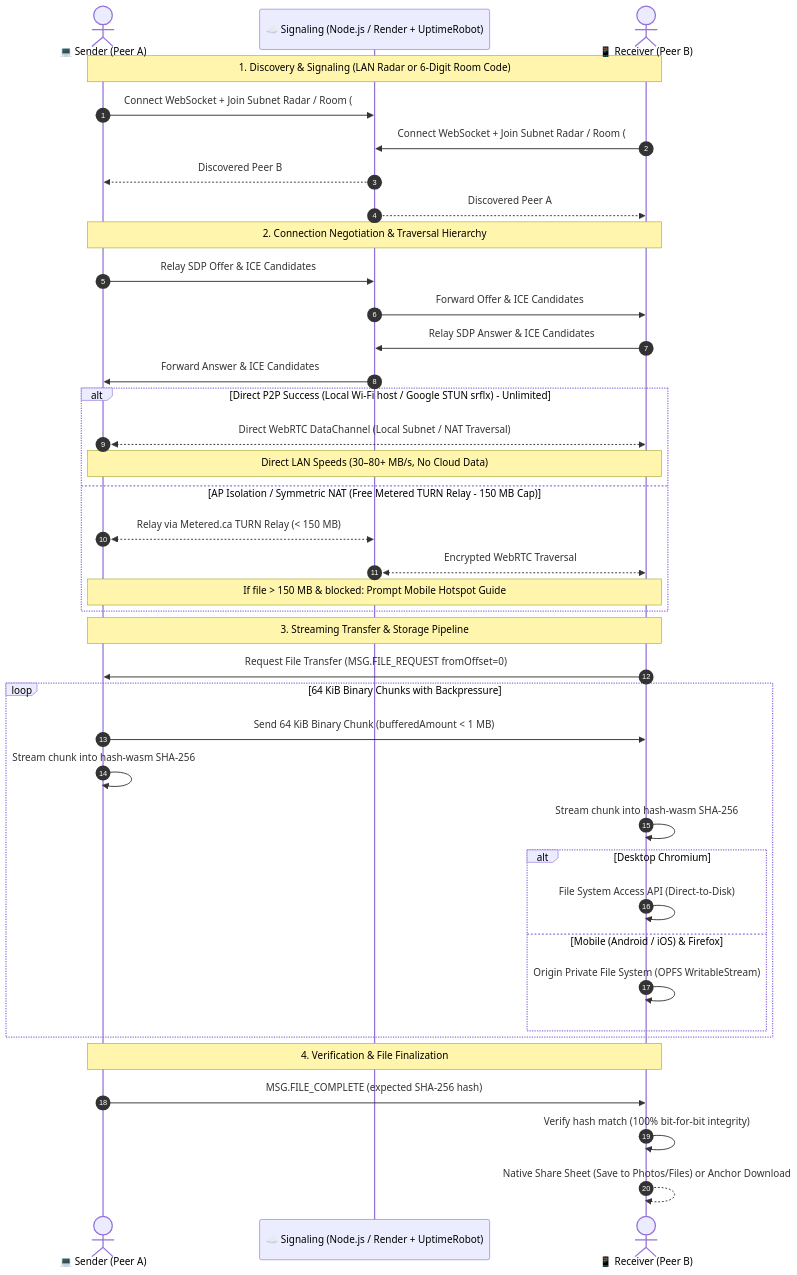
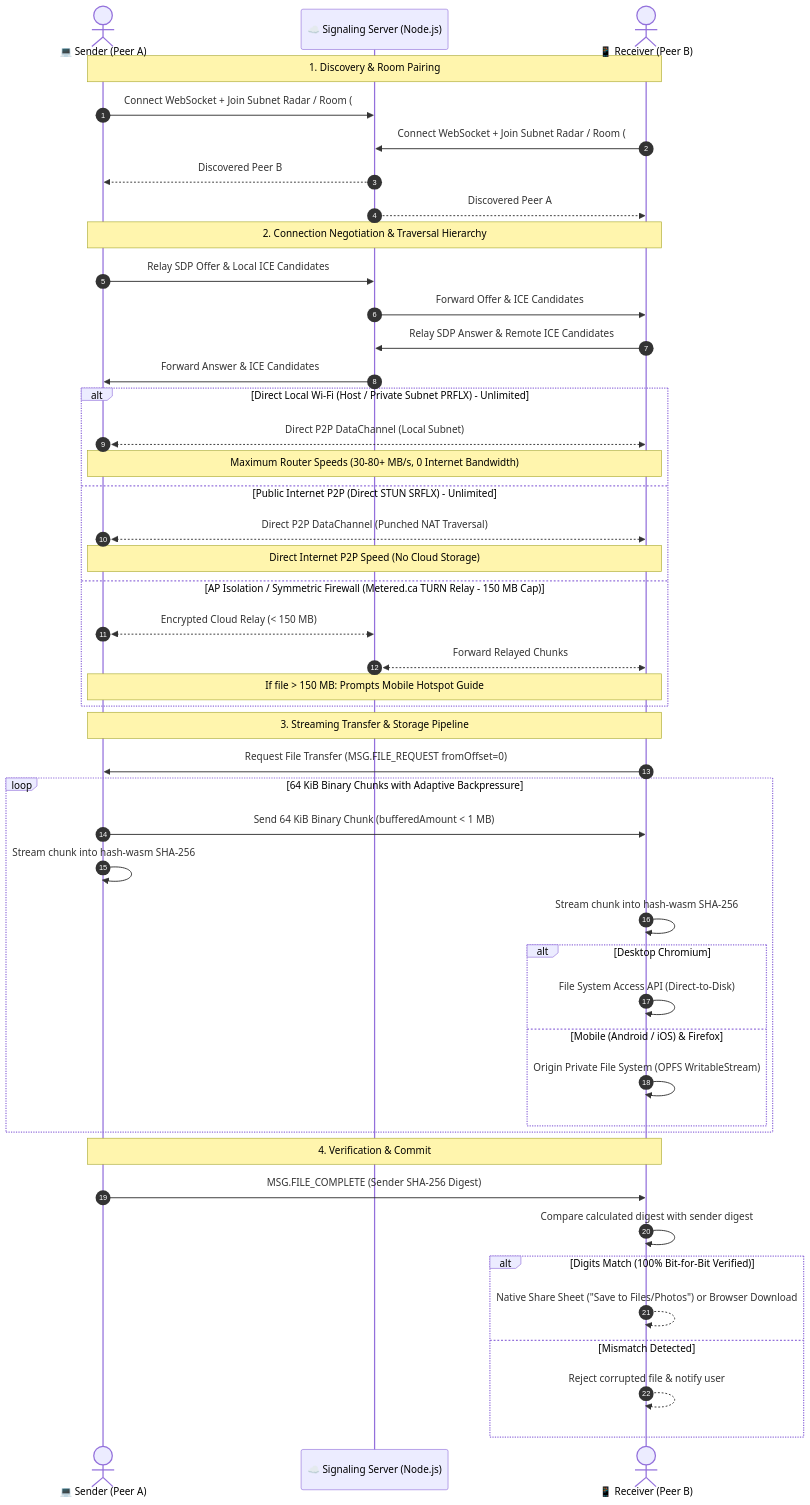
The second of 2 diagrams in README.md (bilalzulfiqar-pk/lan-share), drawn with Mermaid before and after one commit. The commit also changed other lines of this file and 3 other files, not shown here.

````diff
--- a/README.md
+++ b/README.md
@@ -101,46 +131,53 @@
 ```mermaid
 sequenceDiagram
     autonumber
     actor A as 💻 Sender (Peer A)
-    participant S as ☁️ Signaling (Node.js / Render + UptimeRobot)
+    participant S as ☁️ Signaling Server (Node.js)
     actor B as 📱 Receiver (Peer B)
 
-    Note over A,B: 1. Discovery & Signaling (LAN Radar or 6-Digit Room Code)
-    A->>S: Connect WebSocket + Join Subnet Radar / Room (#room=xyz)
-    B->>S: Connect WebSocket + Join Subnet Radar / Room (#room=xyz)
+    Note over A,B: 1. Discovery & Room Pairing
+    A->>S: Connect WebSocket + Join Subnet Radar / Room (#room=123456)
+    B->>S: Connect WebSocket + Join Subnet Radar / Room (#room=123456)
     S-->>A: Discovered Peer B
     S-->>B: Discovered Peer A
 
     Note over A,B: 2. Connection Negotiation & Traversal Hierarchy
-    A->>S: Relay SDP Offer & ICE Candidates
+    A->>S: Relay SDP Offer & Local ICE Candidates
     S->>B: Forward Offer & ICE Candidates
-    B->>S: Relay SDP Answer & ICE Candidates
+    B->>S: Relay SDP Answer & Remote ICE Candidates
     S->>A: Forward Answer & ICE Candidates
 
-    alt Direct P2P Success (Local Wi-Fi host / Google STUN srflx) - Unlimited
-        A<<-->>B: Direct WebRTC DataChannel (Local Subnet / NAT Traversal)
-        Note over A,B: Direct LAN Speeds (30–80+ MB/s, No Cloud Data)
-    else AP Isolation / Symmetric NAT (Free Metered TURN Relay - 150 MB Cap)
-        A<<-->>S: Relay via Metered.ca TURN Relay (< 150 MB)
-        S<<-->>B: Encrypted WebRTC Traversal
-        Note over A,B: If file > 150 MB & blocked: Prompt Mobile Hotspot Guide
+    alt Direct Local Wi-Fi (Host / Private Subnet PRFLX) - Unlimited
+        A<<-->>B: Direct P2P DataChannel (Local Subnet)
+        Note over A,B: Maximum Router Speeds (30-80+ MB/s, 0 Internet Bandwidth)
+    else Public Internet P2P (Direct STUN SRFLX) - Unlimited
+        A<<-->>B: Direct P2P DataChannel (Punched NAT Traversal)
+        Note over A,B: Direct Internet P2P Speed (No Cloud Storage)
+    else AP Isolation / Symmetric Firewall (Metered.ca TURN Relay - 150 MB Cap)
+        A<<-->>S: Encrypted Cloud Relay (< 150 MB)
+        S<<-->>B: Forward Relayed Chunks
+        Note over A,B: If file > 150 MB: Prompts Mobile Hotspot Guide
     end
 
     Note over A,B: 3. Streaming Transfer & Storage Pipeline
     B->>A: Request File Transfer (MSG.FILE_REQUEST fromOffset=0)
-    loop 64 KiB Binary Chunks with Backpressure
+    loop 64 KiB Binary Chunks with Adaptive Backpressure
         A->>B: Send 64 KiB Binary Chunk (bufferedAmount < 1 MB)
         A->>A: Stream chunk into hash-wasm SHA-256
         B->>B: Stream chunk into hash-wasm SHA-256
         alt Desktop Chromium
             B->>B: File System Access API (Direct-to-Disk)
         else Mobile (Android / iOS) & Firefox
             B->>B: Origin Private File System (OPFS WritableStream)
         end
     end
 
-    Note over A,B: 4. Verification & File Finalization
-    A->>B: MSG.FILE_COMPLETE (expected SHA-256 hash)
-    B->>B: Verify hash match (100% bit-for-bit integrity)
-    B-->>B: Native Share Sheet (Save to Photos/Files) or Anchor Download
+    Note over A,B: 4. Verification & Commit
+    A->>B: MSG.FILE_COMPLETE (Sender SHA-256 Digest)
+    B->>B: Compare calculated digest with sender digest
+    alt Digits Match (100% Bit-for-Bit Verified)
+        B-->>B: Native Share Sheet ("Save to Files/Photos") or Browser Download
+    else Mismatch Detected
+        B-->>B: Reject corrupted file & notify user
+    end
 ```
````
